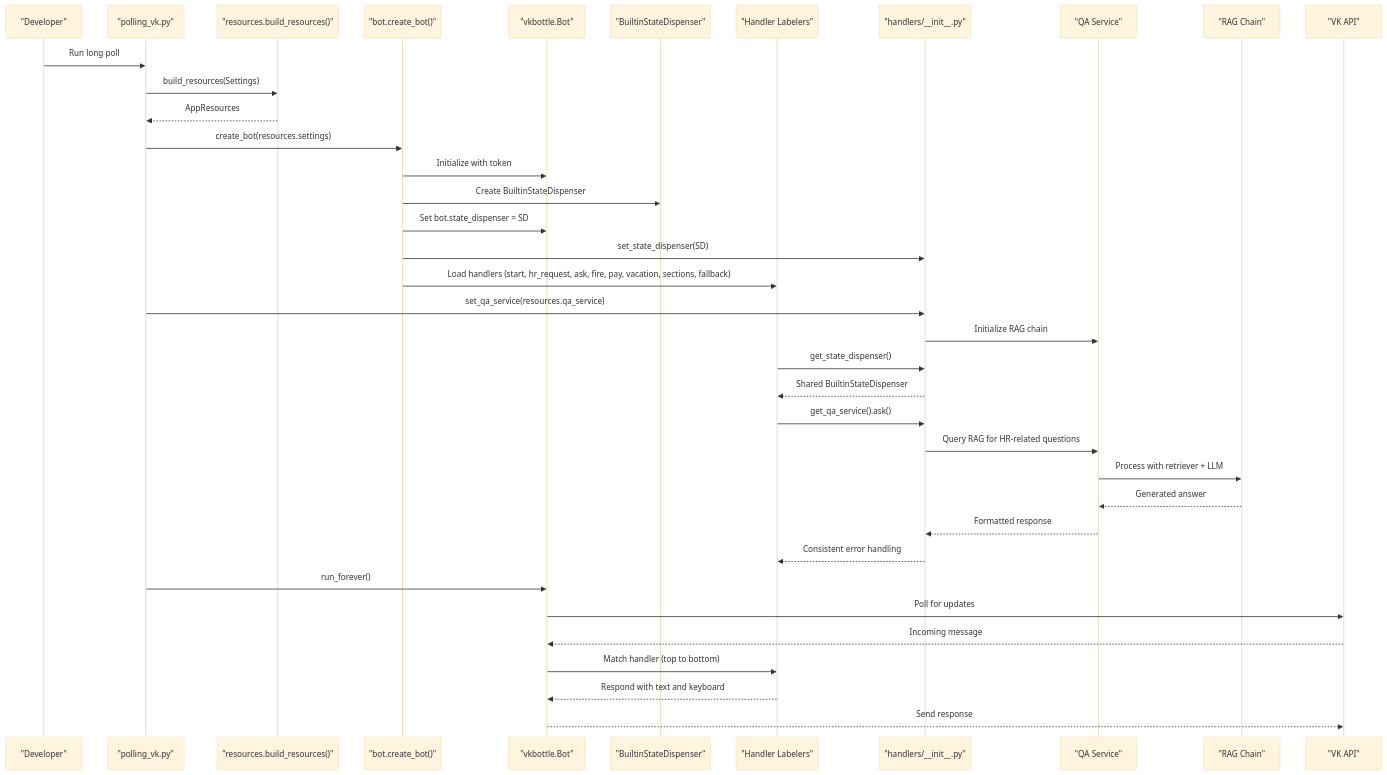
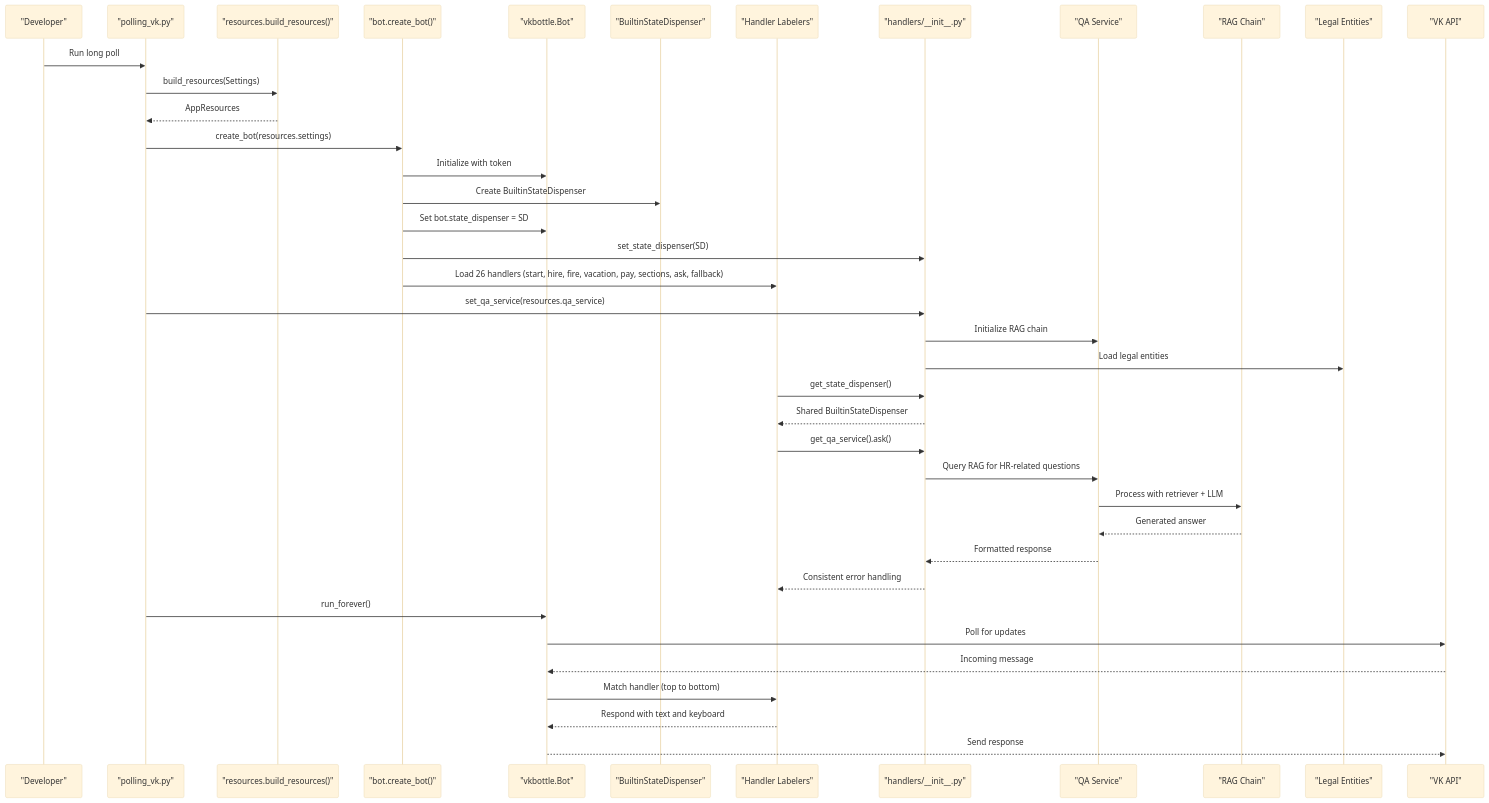
The second of 16 diagrams in .qoder/repowiki/en/content/VK Integration/VK Integration.md (ognelis/cafetera_hr_bot), drawn with Mermaid (base theme) before and after one commit. The commit also changed other lines of this file and 26 other files, not shown here.

````diff
--- a/.qoder/repowiki/en/content/VK Integration/VK Integration.md
+++ b/.qoder/repowiki/en/content/VK Integration/VK Integration.md
@@ -201,39 +208,41 @@
 ```mermaid
 sequenceDiagram
 participant Dev as "Developer"
 participant Script as "polling_vk.py"
 participant Resources as "resources.build_resources()"
 participant Factory as "bot.create_bot()"
 participant Bot as "vkbottle.Bot"
 participant SD as "BuiltinStateDispenser"
 participant Labelers as "Handler Labelers"
 participant Utils as "handlers/__init__.py"
 participant QA as "QA Service"
 participant RAG as "RAG Chain"
+participant Entities as "Legal Entities"
 participant VK as "VK API"
 Dev->>Script : Run long poll
 Script->>Resources : build_resources(Settings)
 Resources-->>Script : AppResources
 Script->>Factory : create_bot(resources.settings)
 Factory->>Bot : Initialize with token
 Factory->>SD : Create BuiltinStateDispenser
 Factory->>Bot : Set bot.state_dispenser = SD
 Factory->>Utils : set_state_dispenser(SD)
-Factory->>Labelers : Load handlers (start, hr_request, ask, fire, pay, vacation, sections, fallback)
+Factory->>Labelers : Load 26 handlers (start, hire, fire, vacation, pay, sections, ask, fallback)
 Script->>Utils : set_qa_service(resources.qa_service)
 Utils->>QA : Initialize RAG chain
+Utils->>Entities : Load legal entities
 Labelers->>Utils : get_state_dispenser()
 Utils-->>Labelers : Shared BuiltinStateDispenser
 Labelers->>Utils : get_qa_service().ask()
 Utils->>QA : Query RAG for HR-related questions
 QA->>RAG : Process with retriever + LLM
 RAG-->>QA : Generated answer
 QA-->>Utils : Formatted response
 Utils-->>Labelers : Consistent error handling
 Script->>Bot : run_forever()
 Bot->>VK : Poll for updates
 VK-->>Bot : Incoming message
 Bot->>Labelers : Match handler (top to bottom)
 Labelers-->>Bot : Respond with text and keyboard
 Bot-->>VK : Send response
 ```
````
